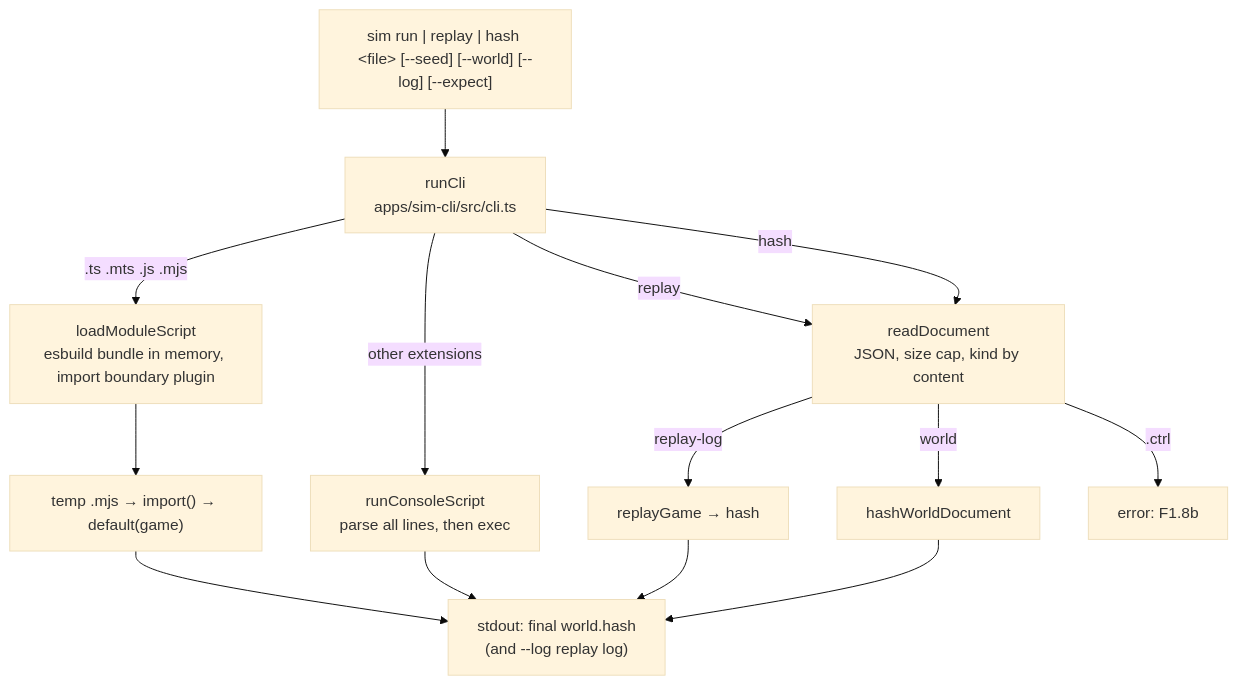
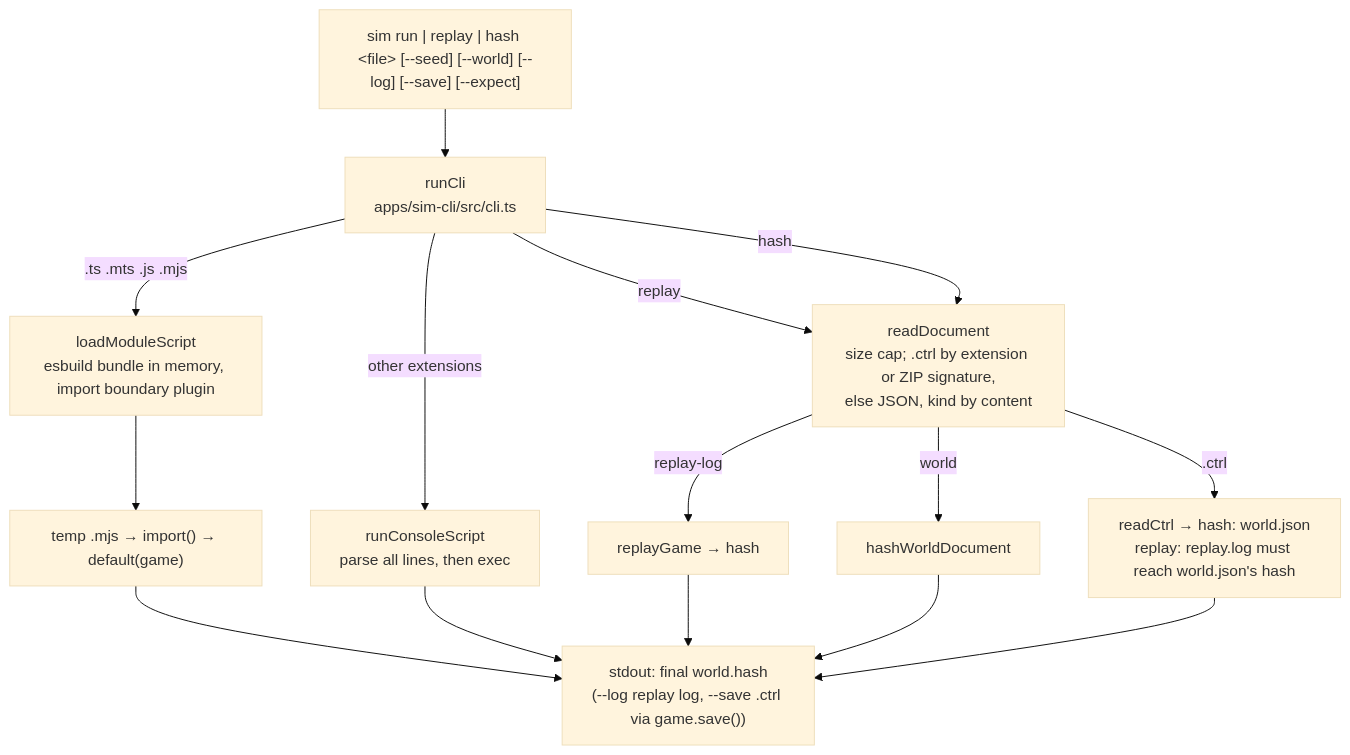
The second of 3 diagrams in docs/architecture/scripting.md (joebarbere/controls), drawn with Mermaid (base theme) before and after one commit. The commit also changed other lines of this file and 42 other files, not shown here.

First line of the commit message:
feat(save-format): F1.8b part 1, the .ctrl container, saving and loading (#19)

````diff
--- a/docs/architecture/scripting.md
+++ b/docs/architecture/scripting.md
@@ -44,16 +44,17 @@
 ```mermaid
 flowchart TB
-    ARGV["sim run | replay | hash &lt;file&gt; [--seed] [--world] [--log] [--expect]"] --> CLI["runCli<br/>apps/sim-cli/src/cli.ts"]
+    ARGV["sim run | replay | hash &lt;file&gt; [--seed] [--world] [--log] [--save] [--expect]"] --> CLI["runCli<br/>apps/sim-cli/src/cli.ts"]
     CLI -->|".ts .mts .js .mjs"| LOAD["loadModuleScript<br/>esbuild bundle in memory, import boundary plugin"]
     LOAD --> TMP["temp .mjs → import() → default(game)"]
     CLI -->|"other extensions"| RCS["runConsoleScript<br/>parse all lines, then exec"]
-    CLI -->|"replay"| DOC["readDocument<br/>JSON, size cap, kind by content"]
+    CLI -->|"replay"| DOC["readDocument<br/>size cap; .ctrl by extension or ZIP signature,<br/>else JSON, kind by content"]
     CLI -->|"hash"| DOC
     DOC -->|"replay-log"| RG["replayGame → hash"]
     DOC -->|"world"| HW["hashWorldDocument"]
-    DOC -->|".ctrl"| NO["error: F1.8b"]
-    TMP --> OUT["stdout: final world.hash<br/>(and --log replay log)"]
+    DOC -->|".ctrl"| RC["readCtrl → hash: world.json<br/>replay: replay.log must reach world.json's hash"]
+    TMP --> OUT["stdout: final world.hash<br/>(--log replay log, --save .ctrl via game.save())"]
     RCS --> OUT
     RG --> OUT
     HW --> OUT
+    RC --> OUT
 ```
````
